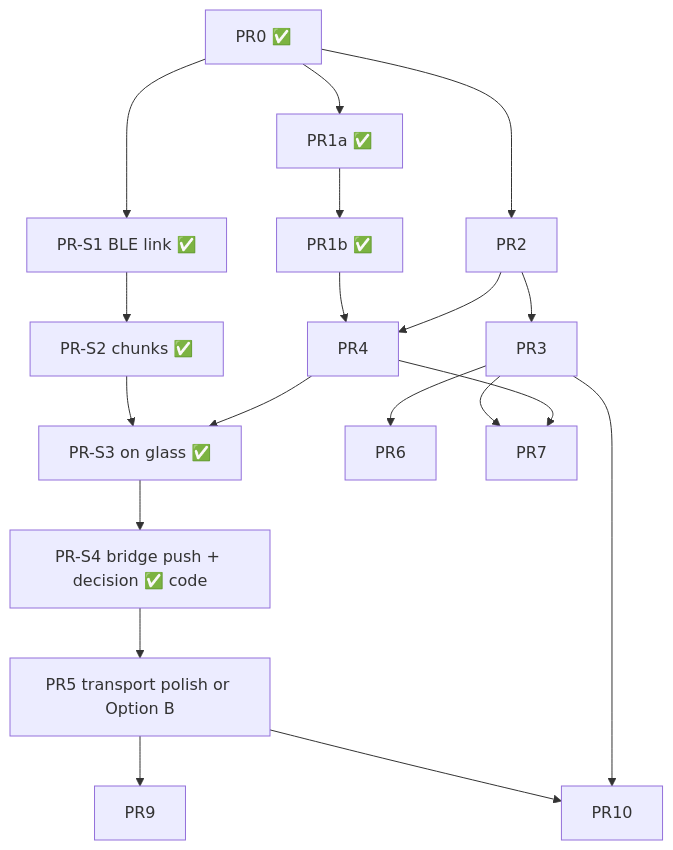
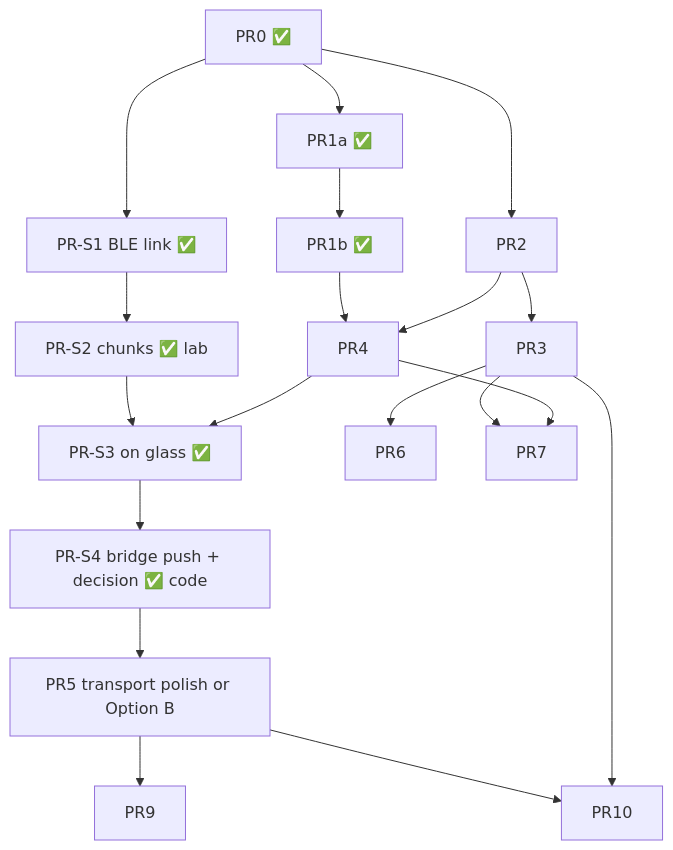
One commit to bakkerme/agent-control-deck changed the third of 3 diagrams in docs/mvp-product-design.md. Above: the diagram before and after it, drawn with Mermaid. The commit also changed other lines of this file and 1 other file, not shown here.

First line of the commit message:
docs: record PR-S2 lab pass 100/100 with house walk-around

````diff
--- a/docs/mvp-product-design.md
+++ b/docs/mvp-product-design.md
@@ -1228,20 +1228,20 @@
 ```mermaid
 flowchart TD
   PR0[PR0 ✅] --> PR1a[PR1a ✅] --> PR1b[PR1b ✅]
   PR0 --> PR2
   PR0 --> PRS1[PR-S1 BLE link ✅]
-  PRS1 --> PRS2[PR-S2 chunks ✅]
+  PRS1 --> PRS2[PR-S2 chunks ✅ lab]
   PR1b --> PR4
   PR2 --> PR4
   PR2 --> PR3
   PRS2 --> PRS3[PR-S3 on glass ✅]
   PR4 --> PRS3
   PRS3 --> PRS4[PR-S4 bridge push + decision ✅ code]
   PRS4 --> PR5[PR5 transport polish or Option B]
   PR3 --> PR6
   PR3 --> PR7
   PR4 --> PR7
   PR5 --> PR9
   PR5 --> PR10
   PR3 --> PR10
 ```
````
